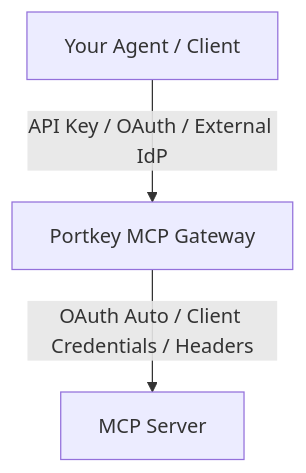
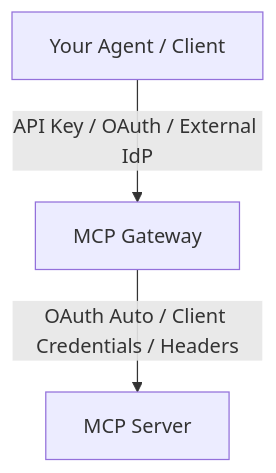
The diagram in aigw/product/mcp-gateway/authentication.mdx (Portkey-AI/docs-core), drawn with Mermaid before and after one commit. The commit also changed other lines of this file and 174 other files, not shown here.

````diff
--- a/aigw/product/mcp-gateway/authentication.mdx
+++ b/aigw/product/mcp-gateway/authentication.mdx
@@ -10,9 +10,9 @@
 ```mermaid
 flowchart TB
     Agent[Your Agent / Client]
-    Gateway[Portkey MCP Gateway]
+    Gateway[MCP Gateway]
     Server[MCP Server]
 
     Agent -- "API Key / OAuth / External IdP" --> Gateway
     Gateway -- "OAuth Auto / Client Credentials / Headers" --> Server
 ```
````
